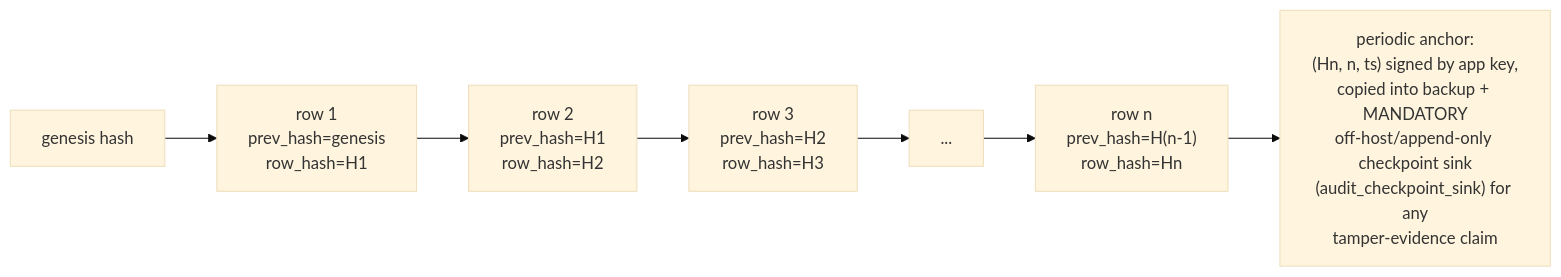
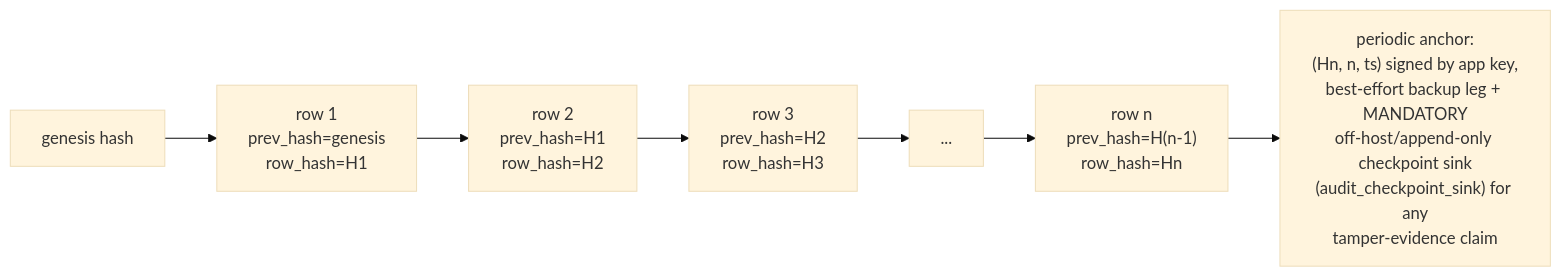
Before and after one commit to CoJoA13/EasySynQ: the fourth of 6 diagrams in docs/12-security-and-audit.md, drawn with Mermaid (base theme). The commit also changed other lines of this file and 251 other files, not shown here.

````diff
--- a/docs/12-security-and-audit.md
+++ b/docs/12-security-and-audit.md
@@ -315,9 +315,9 @@
 ```mermaid
 flowchart LR
     G["genesis hash"] --> R1["row 1<br/>prev_hash=genesis<br/>row_hash=H1"]
     R1 --> R2["row 2<br/>prev_hash=H1<br/>row_hash=H2"]
     R2 --> R3["row 3<br/>prev_hash=H2<br/>row_hash=H3"]
     R3 --> DOTS["..."]
     DOTS --> RN["row n<br/>prev_hash=H(n-1)<br/>row_hash=Hn"]
-    RN --> ANCHOR["periodic anchor:<br/>(Hn, n, ts) signed by app key,<br/>copied into backup + MANDATORY<br/>off-host/append-only checkpoint sink<br/>(audit_checkpoint_sink) for any<br/>tamper-evidence claim"]
+    RN --> ANCHOR["periodic anchor:<br/>(Hn, n, ts) signed by app key,<br/>best-effort backup leg + MANDATORY<br/>off-host/append-only checkpoint sink<br/>(audit_checkpoint_sink) for any<br/>tamper-evidence claim"]
 ```
````
